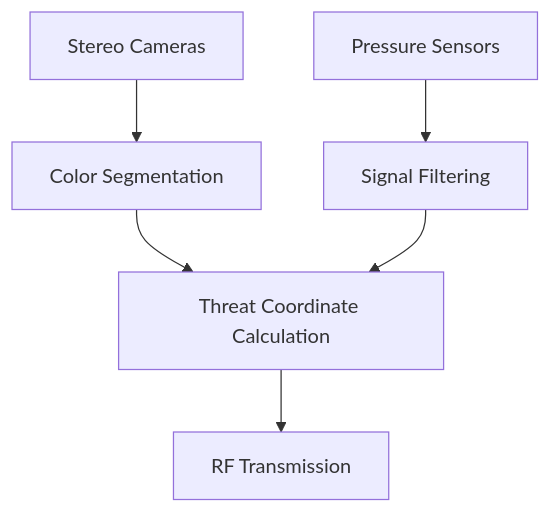
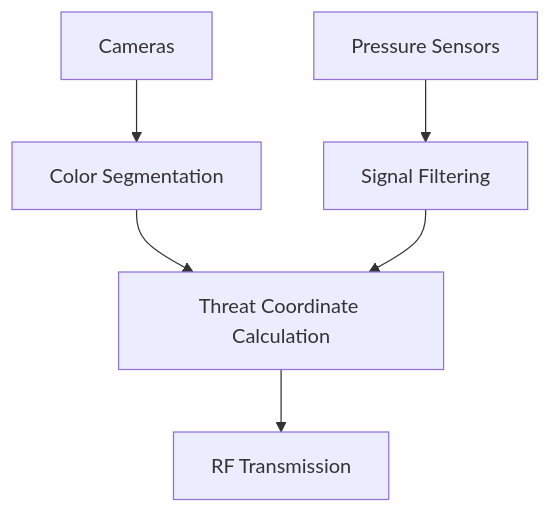
Before and after one commit to CASIA-RoboticFish/StressBehavior-RoboFish: the first of 3 diagrams in Readme.md, drawn with Mermaid. The commit also changed other lines of this file, not shown here.

````diff
--- a/Readme.md
+++ b/Readme.md
@@ -99,8 +99,8 @@
 ```mermaid
 graph TD
-    A[Stereo Cameras] --> B[Color Segmentation]
+    A[Cameras] --> B[Color Segmentation]
     C[Pressure Sensors] --> D[Signal Filtering]
     B --> E[Threat Coordinate Calculation]
     D --> E
     E --> F[RF Transmission]
 ```
````
